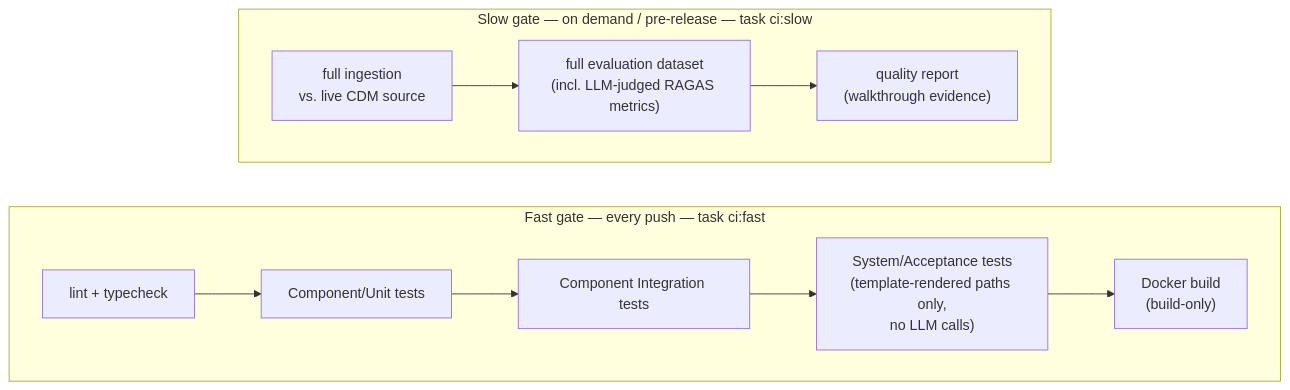
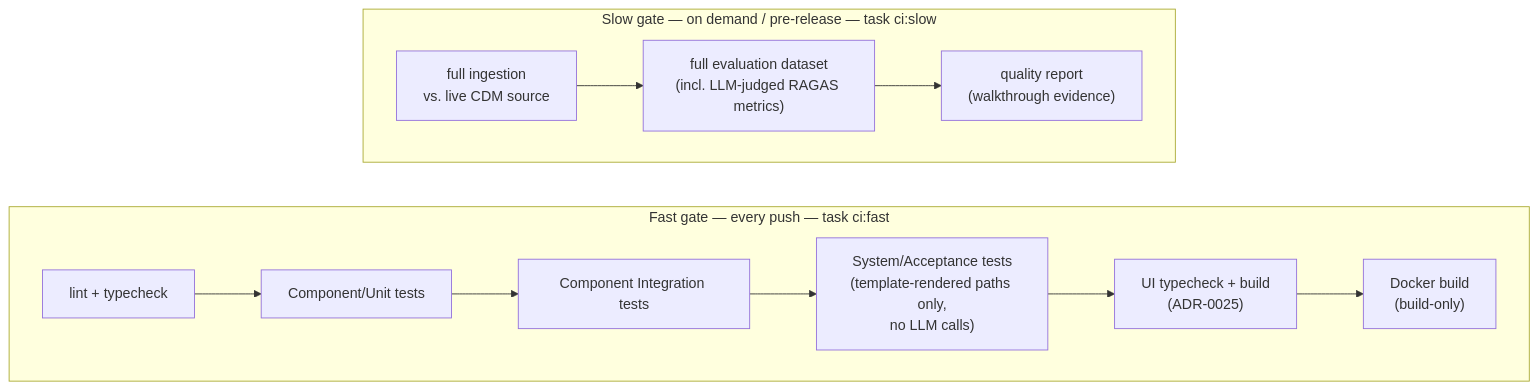
One commit to werder11/bb-bussiness-datamodel-chatbot changed the diagram in docs/operations/ci-cd.md. Above: the diagram before and after it, drawn with Mermaid. The commit also changed other lines of this file and 101 other files, not shown here.

````diff
--- a/docs/operations/ci-cd.md
+++ b/docs/operations/ci-cd.md
@@ -5,11 +5,11 @@
 ```mermaid
 graph LR
     subgraph Fast["Fast gate — every push — task ci:fast"]
         direction LR
-        L["lint + typecheck"] --> U["Component/Unit tests"] --> I["Component Integration tests"] --> S["System/Acceptance tests\n(template-rendered paths only,\nno LLM calls)"] --> B["Docker build\n(build-only)"]
+        L["lint + typecheck"] --> U["Component/Unit tests"] --> I["Component Integration tests"] --> S["System/Acceptance tests\n(template-rendered paths only,\nno LLM calls)"] --> UI["UI typecheck + build\n(ADR-0025)"] --> B["Docker build\n(build-only)"]
     end
     subgraph Slow["Slow gate — on demand / pre-release — task ci:slow"]
         direction LR
         LI["full ingestion\nvs. live CDM source"] --> ER["full evaluation dataset\n(incl. LLM-judged RAGAS metrics)"] --> R["quality report\n(walkthrough evidence)"]
     end
 ```
````
